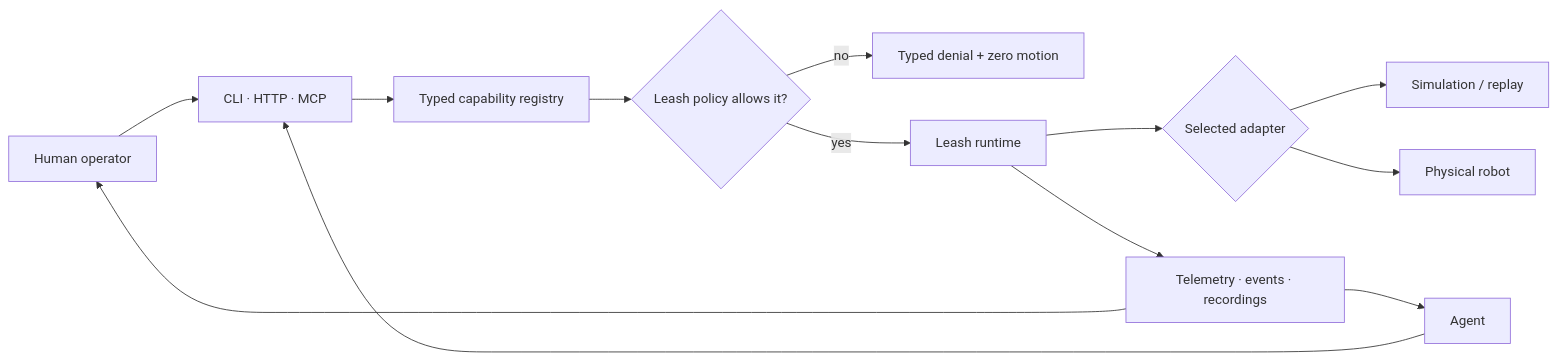
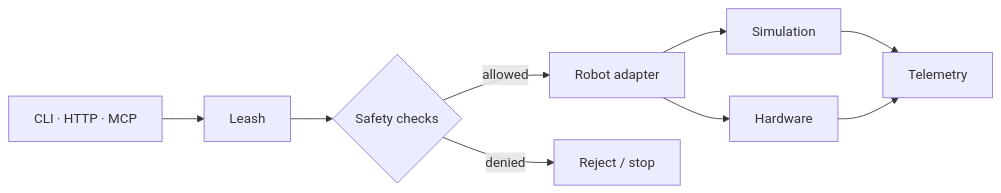
The diagram in README.md (specdog/leash), drawn with Mermaid before and after one commit. The commit also changed other lines of this file, not shown here.

````diff
--- a/README.md
+++ b/README.md
@@ -23,15 +51,11 @@
 ```mermaid
 flowchart LR
-  human["Human operator"] --> surface
-  agent["Agent"] --> surface
-  surface["CLI · HTTP · MCP"] --> registry["Typed capability registry"]
-  registry --> policy{"Leash policy allows it?"}
-  policy -- no --> denied["Typed denial + zero motion"]
-  policy -- yes --> runtime["Leash runtime"]
-  runtime --> adapter{"Selected adapter"}
-  adapter --> sim["Simulation / replay"]
-  adapter --> robot["Physical robot"]
-  runtime --> telemetry["Telemetry · events · recordings"]
-  telemetry --> human
-  telemetry --> agent
+  client["CLI · HTTP · MCP"] --> leash["Leash"]
+  leash --> checks{"Safety checks"}
+  checks -- allowed --> adapter["Robot adapter"]
+  checks -- denied --> stop["Reject / stop"]
+  adapter --> sim["Simulation"]
+  adapter --> robot["Hardware"]
+  sim --> telemetry["Telemetry"]
+  robot --> telemetry
 ```
````
